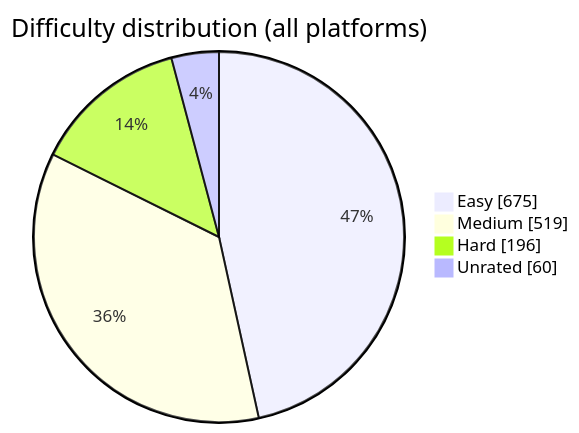
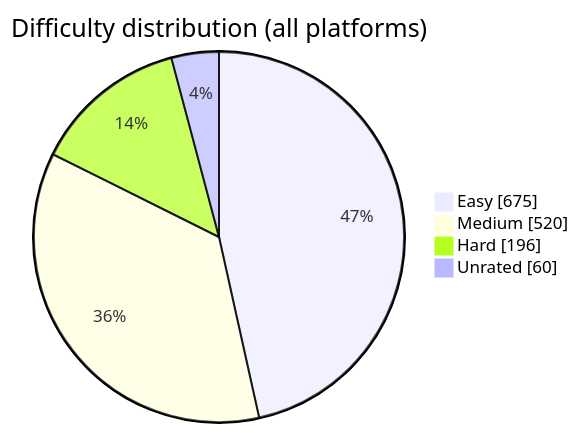
Before and after one commit to BuildbyArindam/Daily-Coding-Log: the diagram in README.md, drawn with Mermaid. The commit also changed other lines of this file, not shown here.

````diff
--- a/README.md
+++ b/README.md
@@ -93,7 +93,7 @@
 ```mermaid
 pie showData title Difficulty distribution (all platforms)
     "Easy" : 675
-    "Medium" : 519
+    "Medium" : 520
     "Hard" : 196
     "Unrated" : 60
 ```
````
